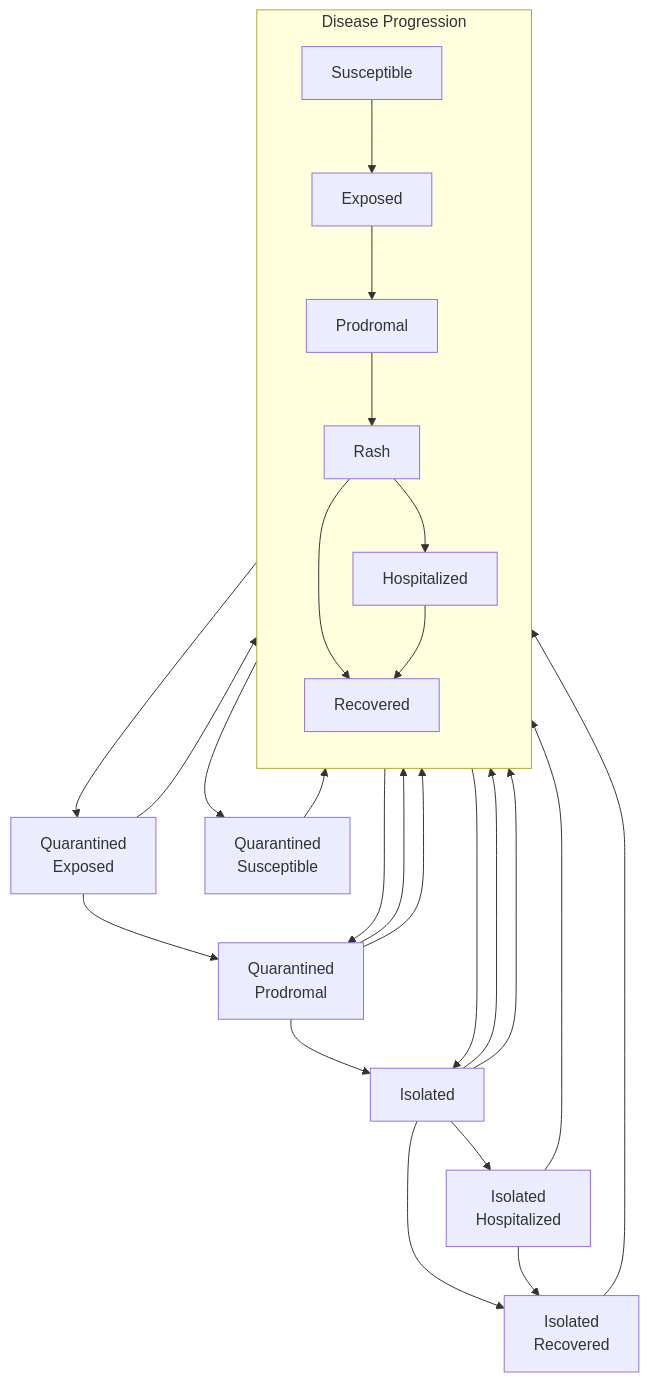
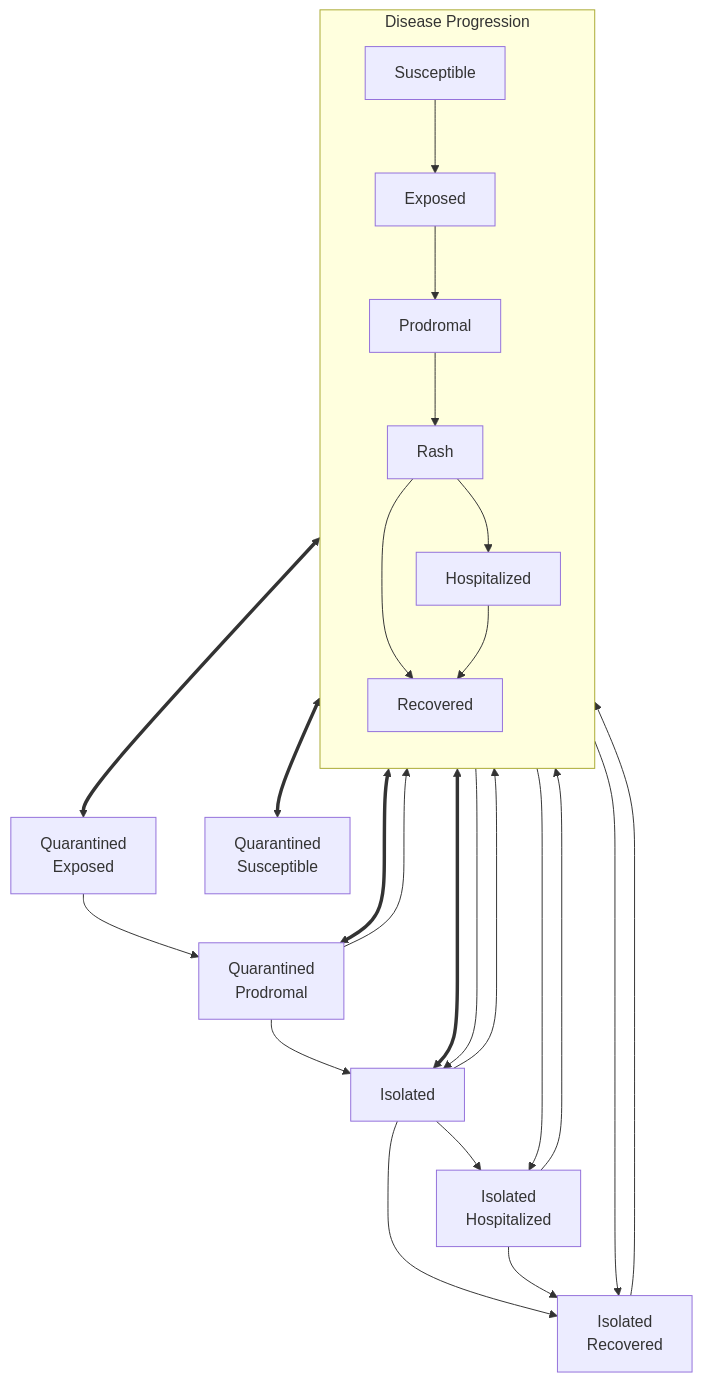
One commit to UofUEpiBio/epiworld changed the diagram in include/epiworld/models/measlesmixingriskquarantine.mmd. Above: the diagram before and after it, drawn with Mermaid. The commit also changed 12 other files, not shown here.

```diff
--- a/include/epiworld/models/measlesmixingriskquarantine.mmd
+++ b/include/epiworld/models/measlesmixingriskquarantine.mmd
@@ -1,52 +1,54 @@
 flowchart TB
 
     %% Disease progression states
     subgraph Main[Disease Progression]
         direction TB
         S[Susceptible]
         E[Exposed]
         P[Prodromal]
         Ra[Rash]
         Re[Recovered]
         H[Hospitalized]
     end
 
     S --> E
     E --> P
     P --> Ra
     Ra --> Re
     
     Ra --> H
     H --> Re
 
     %% Quarantine states
     Qe[Quarantined<br>Exposed]
     Qs[Quarantined<br>Susceptible]
     Qp[Quarantined<br>Prodromal]
     I[Isolated]
     Ih[Isolated<br>Hospitalized]
     Ir[Isolated<br>Recovered]
 
     %% Isolation process
-    Ra --> I
-    I --> Ra
+    Ra <==> I
+    Ra --> Ir
+    Ra --> Ih
+    
     I --> Re
     I --> Ih
 
     I --> Ir
     Ih --> Ir
     Ih --> Re
     Ir --> Re
 
     %% Quarantine process
-    S --> Qs
-    Qs --> S
+    S <==> Qs
+    %% Qs --> S
 
-    E --> Qe
-    Qe --> E
+    E <==> Qe
     Qe --> Qp
     Qp --> I
     Qp --> Ra
 
-    P --> Qp
-    Qp --> P
+    P <==> Qp
+
+    P --> I
```
